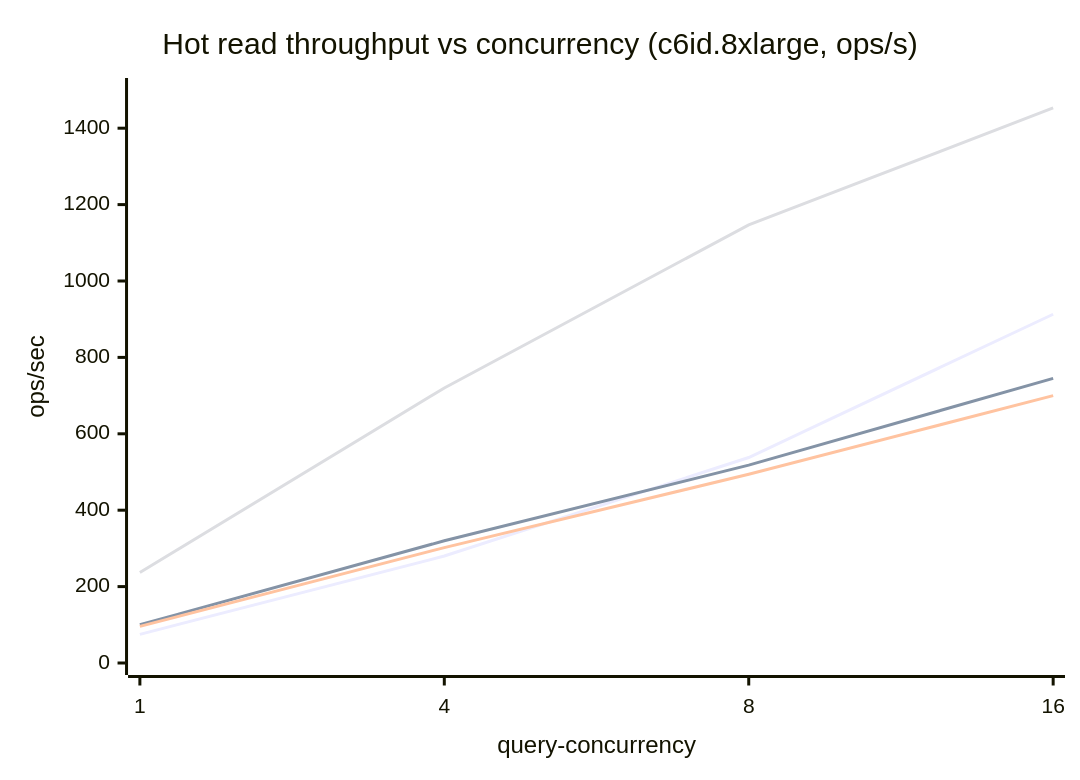
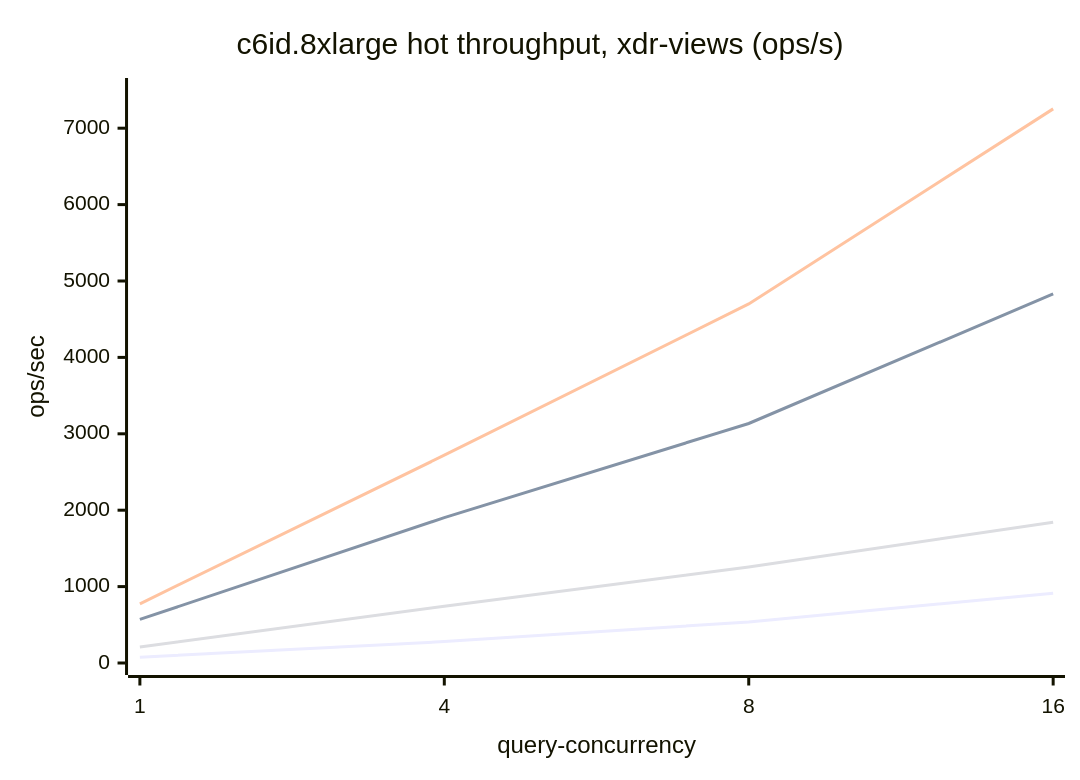
Before and after one commit to stellar/stellar-rpc: the second of 2 diagrams in cmd/stellar-rpc/scripts/bench-fullhistory/results/2026-06-03-cross-machine.md, drawn with Mermaid. The commit also changed other lines of this file and 1 other file, not shown here.

````diff
--- a/cmd/stellar-rpc/scripts/bench-fullhistory/results/2026-06-03-cross-machine.md
+++ b/cmd/stellar-rpc/scripts/bench-fullhistory/results/2026-06-03-cross-machine.md
@@ -131,10 +121,10 @@
 ```mermaid
 xychart-beta
-    title "Hot read throughput vs concurrency (c6id.8xlarge, ops/s)"
+    title "c6id.8xlarge hot throughput, xdr-views (ops/s)"
     x-axis "query-concurrency" [1, 4, 8, 16]
-    y-axis "ops/sec" 0 --> 1500
+    y-axis "ops/sec" 0 --> 7500
     line [75, 280, 538, 913]
-    line [100, 320, 518, 745]
-    line [96, 302, 494, 700]
-    line [237, 720, 1147, 1453]
+    line [571, 1903, 3135, 4830]
+    line [775, 2720, 4700, 7253]
+    line [210, 744, 1257, 1843]
 ```
````
